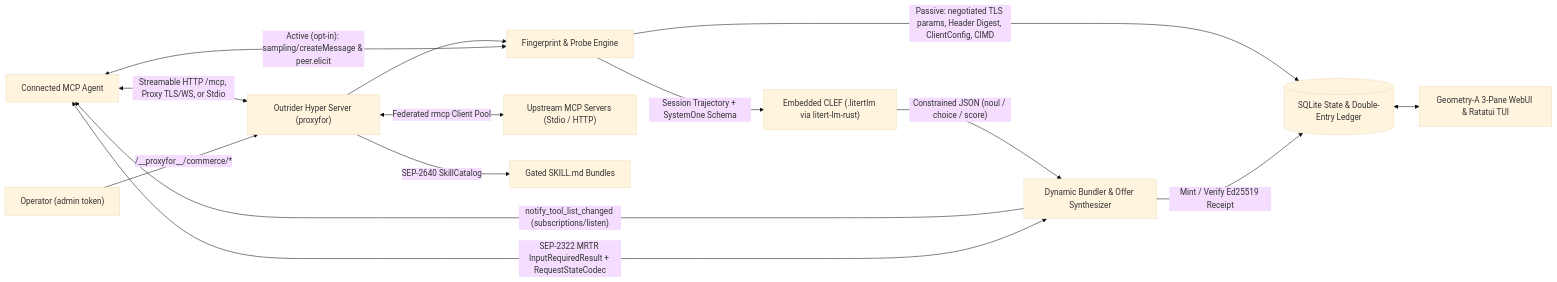
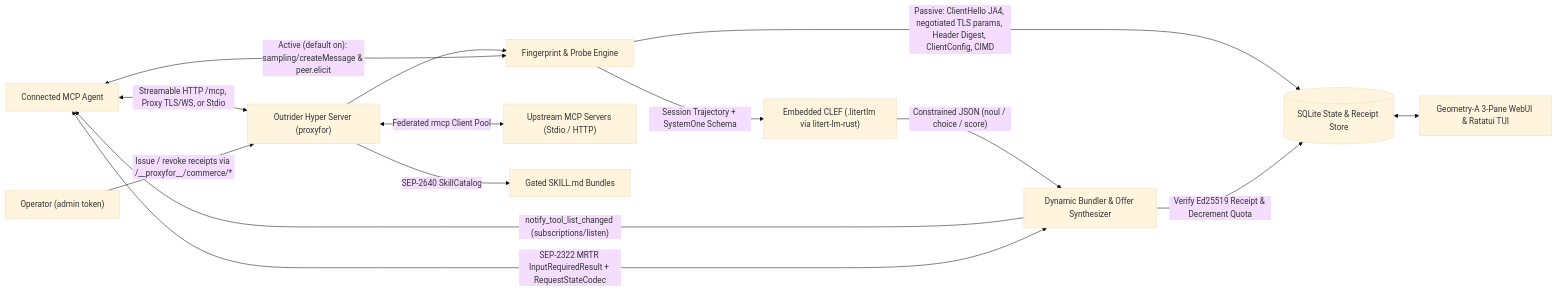
One commit to maceip/Outrider changed the diagram in docs/plans/implementation_plan.md. Above: the diagram before and after it, drawn with Mermaid (base theme). The commit also changed other lines of this file, not shown here.

Commit message:
docs: plan rev 3 — receipts-only entitlement, probes on by default, ClientHello capture

````diff
--- a/docs/plans/implementation_plan.md
+++ b/docs/plans/implementation_plan.md
@@ -27,16 +27,16 @@
 ```mermaid
 flowchart LR
     Agent["Connected MCP Agent"] <-->|"Streamable HTTP /mcp, Proxy TLS/WS, or Stdio"| Proxy["Outrider Hyper Server (proxyfor)"]
     Proxy --> FP["Fingerprint & Probe Engine"]
-    FP -->|"Passive: negotiated TLS params, Header Digest, ClientConfig, CIMD"| DB[("SQLite State & Double-Entry Ledger")]
-    FP <-->|"Active (opt-in): sampling/createMessage & peer.elicit"| Agent
+    FP -->|"Passive: ClientHello JA4, negotiated TLS params, Header Digest, ClientConfig, CIMD"| DB[("SQLite State & Receipt Store")]
+    FP <-->|"Active (default on): sampling/createMessage & peer.elicit"| Agent
     FP -->|"Session Trajectory + SystemOne Schema"| CLEF["Embedded CLEF (.litertlm via litert-lm-rust)"]
     CLEF -->|"Constrained JSON (noul / choice / score)"| Bundler["Dynamic Bundler & Offer Synthesizer"]
     Bundler -->|"notify_tool_list_changed (subscriptions/listen)"| Agent
     Bundler <-->|"SEP-2322 MRTR InputRequiredResult + RequestStateCodec"| Agent
-    Bundler -->|"Mint / Verify Ed25519 Receipt"| DB
+    Bundler -->|"Verify Ed25519 Receipt & Decrement Quota"| DB
     Proxy <-->|"Federated rmcp Client Pool"| Upstreams["Upstream MCP Servers (Stdio / HTTP)"]
     Proxy -->|"SEP-2640 SkillCatalog"| Skills["Gated SKILL.md Bundles"]
-    Admin["Operator (admin token)"] -->|"/__proxyfor__/commerce/*"| Proxy
+    Admin["Operator (admin token)"] -->|"Issue / revoke receipts via /__proxyfor__/commerce/*"| Proxy
     DB <--> UI["Geometry-A 3-Pane WebUI & Ratatui TUI"]
 ```
````
